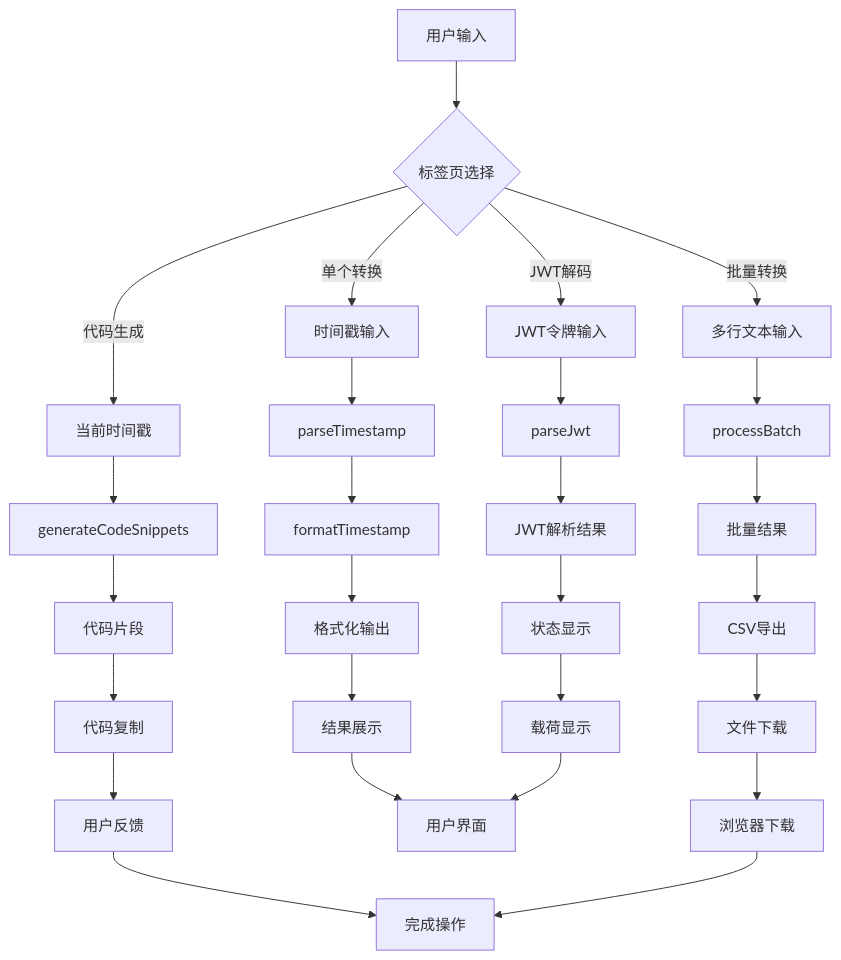
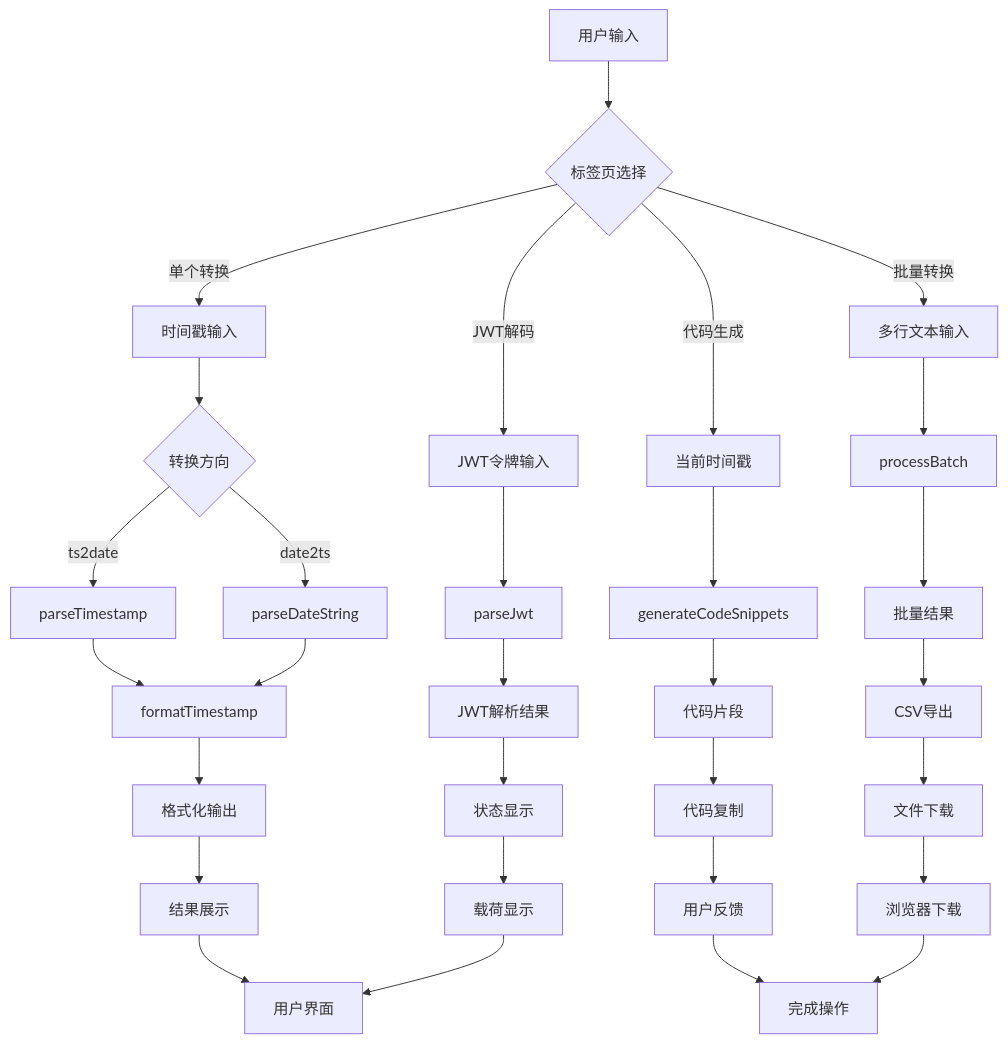
Before and after one commit to sgyy/privadeck: the third of 16 diagrams in .qoder/repowiki/zh/content/开发者工具/时间戳工具.md, drawn with Mermaid. The commit also changed other lines of this file and 3 other files, not shown here.

````diff
--- a/.qoder/repowiki/zh/content/开发者工具/时间戳工具.md
+++ b/.qoder/repowiki/zh/content/开发者工具/时间戳工具.md
@@ -189,29 +192,32 @@
 ```mermaid
 flowchart TD
 A[用户输入] --> B{标签页选择}
 B --> |单个转换| C[时间戳输入]
 B --> |批量转换| D[多行文本输入]
 B --> |代码生成| E[当前时间戳]
 B --> |JWT解码| F[JWT令牌输入]
-C --> G[parseTimestamp]
-D --> H[processBatch]
-E --> I[generateCodeSnippets]
-F --> J[parseJwt]
-G --> K[formatTimestamp]
-H --> L[批量结果]
-I --> M[代码片段]
-J --> N[JWT解析结果]
-K --> O[格式化输出]
-L --> P[CSV导出]
-M --> Q[代码复制]
-N --> R[状态显示]
-O --> S[结果展示]
-P --> T[文件下载]
-Q --> U[用户反馈]
-R --> V[载荷显示]
-S --> W[用户界面]
-T --> X[浏览器下载]
-U --> Y[完成操作]
-V --> W
+C --> G{转换方向}
+G --> |ts2date| H[parseTimestamp]
+G --> |date2ts| I[parseDateString]
+D --> J[processBatch]
+E --> K[generateCodeSnippets]
+F --> L[parseJwt]
+H --> M[formatTimestamp]
+I --> M
+J --> N[批量结果]
+K --> O[代码片段]
+L --> P[JWT解析结果]
+M --> Q[格式化输出]
+N --> R[CSV导出]
+O --> S[代码复制]
+P --> T[状态显示]
+Q --> U[结果展示]
+R --> V[文件下载]
+S --> W[用户反馈]
+T --> X[载荷显示]
+U --> Y[用户界面]
+V --> Z[浏览器下载]
+W --> AA[完成操作]
 X --> Y
+Z --> AA
 ```
````
